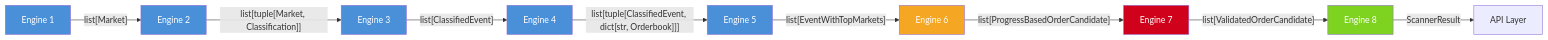
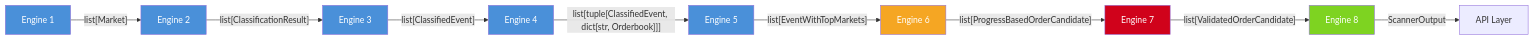
Before and after one commit to Danish11512/nunu: the fourth of 18 diagrams in docs/architecture.md, drawn with Mermaid. The commit also changed other lines of this file and 28 other files, not shown here.

````diff
--- a/docs/architecture.md
+++ b/docs/architecture.md
@@ -224,20 +226,20 @@
 ```mermaid
 flowchart LR
     E1["Engine 1"] -->|"list[Market]"| E2
-    E2["Engine 2"] -->|"list[tuple[Market, Classification]]"| E3
+    E2["Engine 2"] -->|"list[ClassificationResult]"| E3
     E3["Engine 3"] -->|"list[ClassifiedEvent]"| E4
     E4["Engine 4"] -->|"list[tuple[ClassifiedEvent, dict[str, Orderbook]]]"| E5
     E5["Engine 5"] -->|"list[EventWithTopMarkets]"| E6
     E6["Engine 6"] -->|"list[ProgressBasedOrderCandidate]"| E7
     E7["Engine 7"] -->|"list[ValidatedOrderCandidate]"| E8
-    E8["Engine 8"] -->|"ScannerResult"| API["API Layer"]
+    E8["Engine 8"] -->|"ScannerOutput"| API["API Layer"]
 
     style E1 fill:#4A90D9,color:#fff
     style E2 fill:#4A90D9,color:#fff
     style E3 fill:#4A90D9,color:#fff
     style E4 fill:#4A90D9,color:#fff
     style E5 fill:#4A90D9,color:#fff
     style E6 fill:#F5A623,color:#fff
     style E7 fill:#D0021B,color:#fff
     style E8 fill:#7ED321,color:#fff
 ```
````
